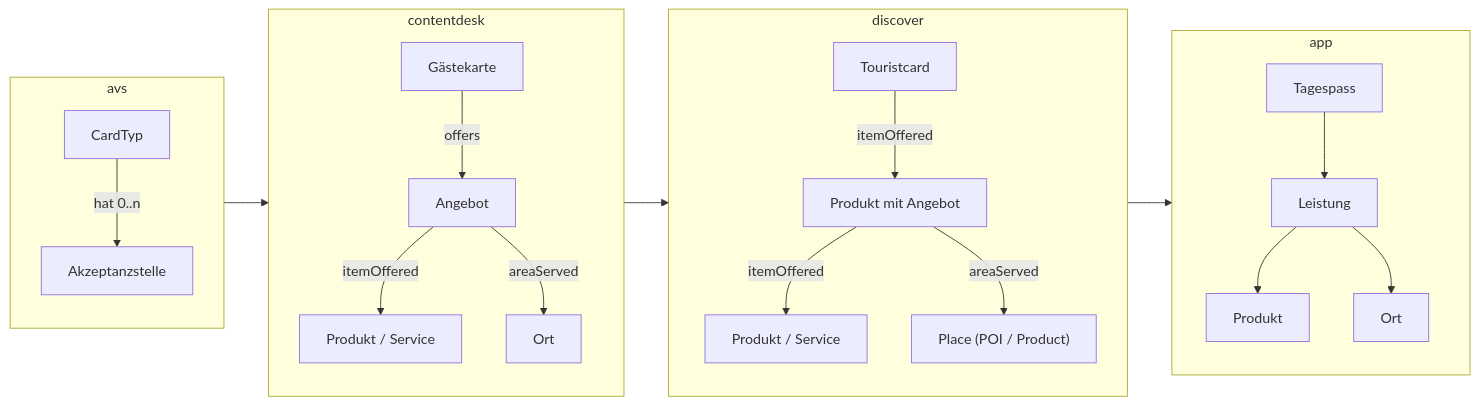
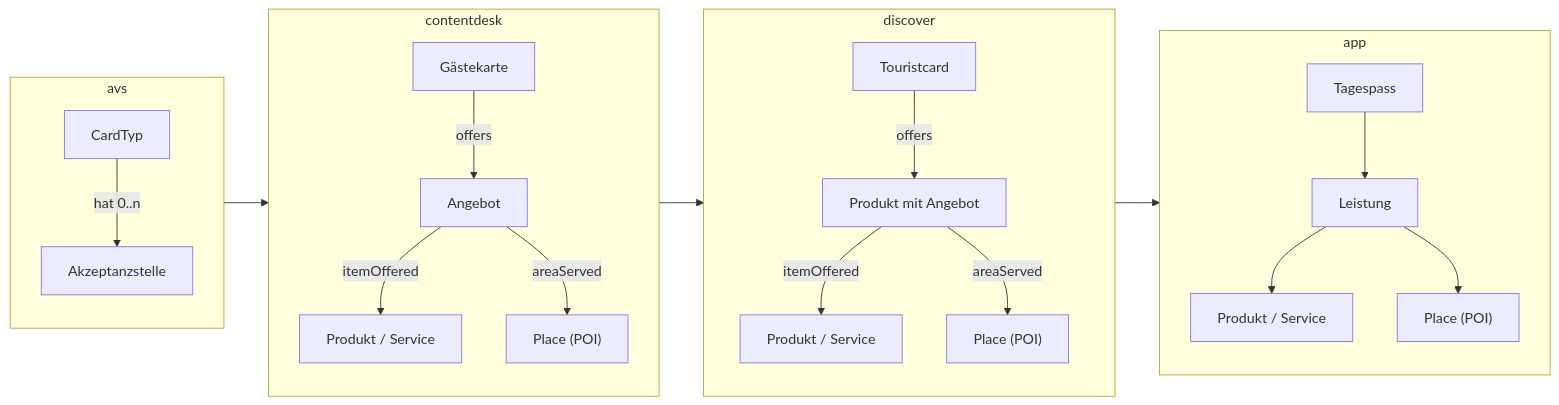
The second of 7 diagrams in docs/projects/glarnerlandApp.md (tsolenthaler/docs.contentdesk.io), drawn with Mermaid before and after one commit.

Commit message:
Refactor schema links and update documentation in gaestekarte.md

````diff
--- a/docs/projects/glarnerlandApp.md
+++ b/docs/projects/glarnerlandApp.md
@@ -48,29 +48,29 @@
 ``` mermaid
 graph LR
     subgraph avs
         direction TB
         CardTyp --> | hat 0..n| Akzeptanzstelle
     end
     subgraph contentdesk
         direction TB
         Gaestekarte["Gästekarte"] --> |offers| Angebot
         Angebot --> |itemOffered| Angebot2["Produkt / Service"]
-        Angebot --> |areaServed| Ort
+        Angebot --> |areaServed| Ort["Place (POI)"]
     end
     subgraph discover
         direction TB
-        Touristcard["Touristcard"] -->|itemOffered| Offer["Produkt mit Angebot"]
+        Touristcard["Touristcard"] -->|offers| Offer["Produkt mit Angebot"]
         Offer -->|itemOffered| Product["Produkt / Service"]
-        Offer -->|areaServed| Place["Place (POI / Product)"]
+        Offer -->|areaServed| Place["Place (POI)"]
     end
     subgraph app
         direction TB
         Tagespass --> Leistung
-        Leistung --> ProduktApp["Produkt"]
-        Leistung --> OrtApp["Ort"]
+        Leistung --> ProduktApp["Produkt / Service"]
+        Leistung --> OrtApp["Place (POI)"]
     end
 
     avs --> contentdesk
     contentdesk --> discover
     discover --> app
 ```
````
